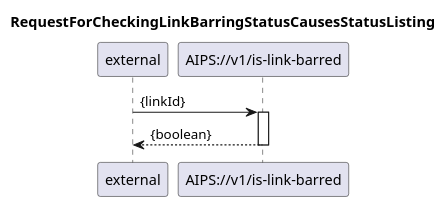
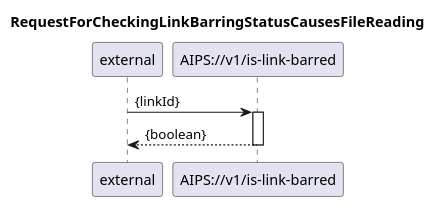
One commit to kmohr-soprasteria/AIPS_wip changed the diagram in diagrams/01 Automation management/123_isLinkBarred.plantuml. Above: the diagram before and after it, drawn with PlantUML. The commit also changed 13 other files, not shown here.

Commit message:
modul 01 diagrams

```diff
--- a/diagrams/01 Automation management/123_isLinkBarred.plantuml
+++ b/diagrams/01 Automation management/123_isLinkBarred.plantuml
@@ -1,19 +1,19 @@
 @startuml 123_isLinkBarred
 skinparam responseMessageBelowArrow true
 
 title
-RequestForCheckingLinkBarringStatusCausesStatusListing
+RequestForCheckingLinkBarringStatusCausesFileReading
 end title
 
 participant "external" as requestor
 participant "AIPS://v1/is-link-barred" as linkCheck
 
 
 requestor -> linkCheck: {linkId}
 activate linkCheck
 
 linkCheck --> requestor: {boolean}
 
 deactivate linkCheck
 
 @enduml
```
